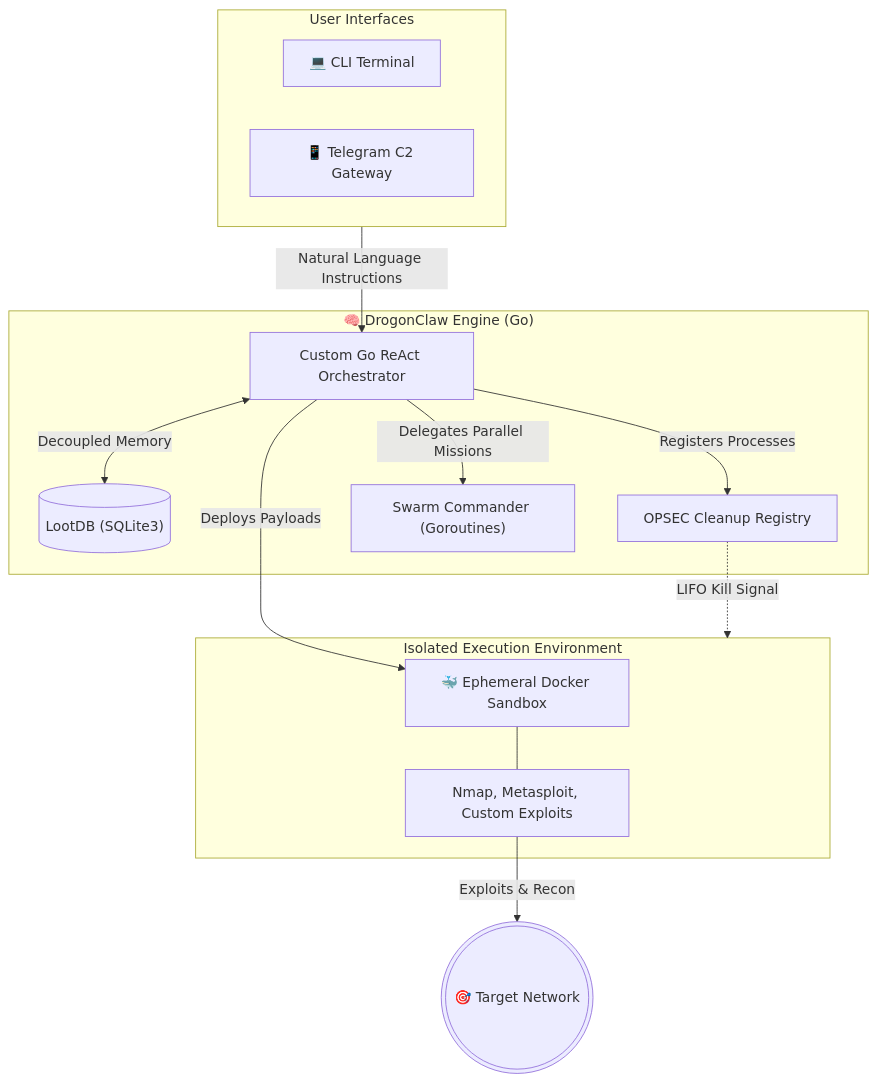
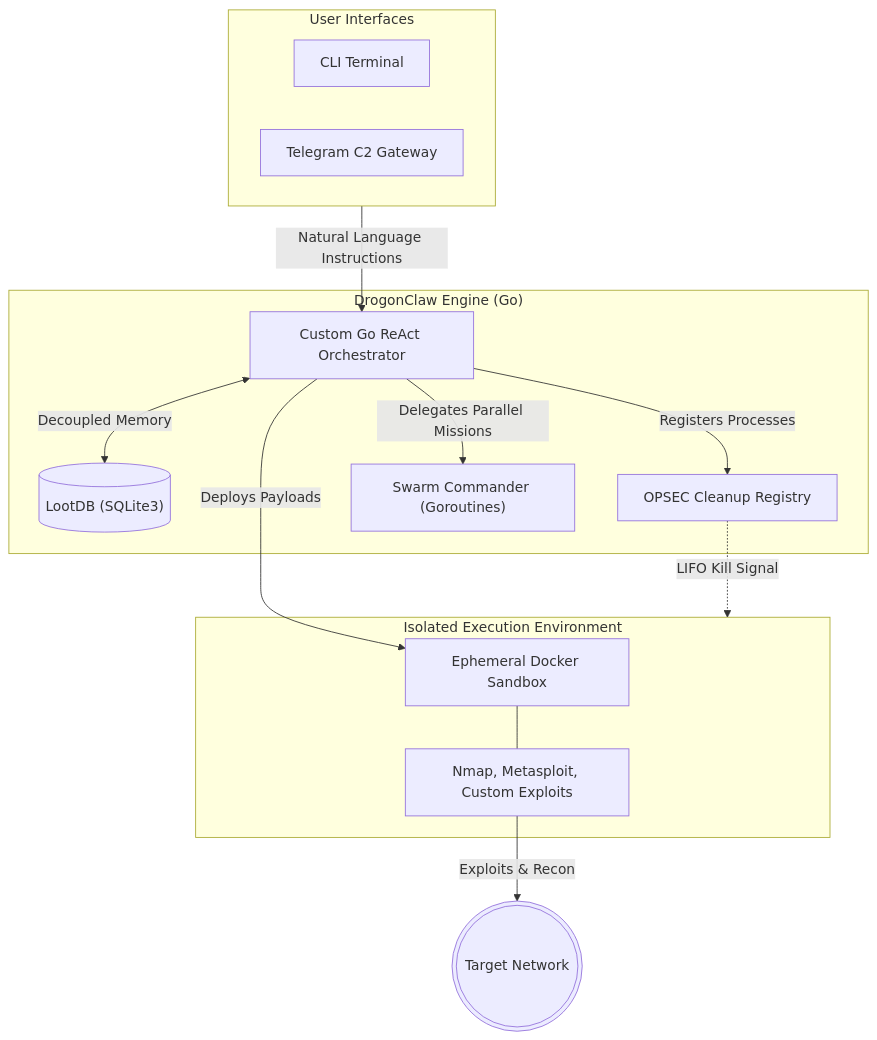
The diagram in README.md (0xP4X/DrogoClaw), drawn with Mermaid before and after one commit. The commit also changed other lines of this file, not shown here.

````diff
--- a/README.md
+++ b/README.md
@@ -20,31 +20,31 @@
 ```mermaid
 flowchart TD
     subgraph UI ["User Interfaces"]
-        CLI["💻 CLI Terminal"]
-        TG["📱 Telegram C2 Gateway"]
+        CLI["CLI Terminal"]
+        TG["Telegram C2 Gateway"]
     end
 
-    subgraph Core ["🧠 DrogonClaw Engine (Go)"]
+    subgraph Core ["DrogonClaw Engine (Go)"]
         Orchestrator["Custom Go ReAct Orchestrator"]
         LootDB[("LootDB (SQLite3)")]
         OPSEC["OPSEC Cleanup Registry"]
         Swarm["Swarm Commander (Goroutines)"]
     end
 
     subgraph Execution ["Isolated Execution Environment"]
-        Docker["🐳 Ephemeral Docker Sandbox"]
+        Docker["Ephemeral Docker Sandbox"]
         Tools["Nmap, Metasploit, Custom Exploits"]
     end
 
-    Target((("🎯 Target Network")))
+    Target((("Target Network")))
 
     UI -->|Natural Language Instructions| Orchestrator
     Orchestrator <-->|Decoupled Memory| LootDB
     Orchestrator -->|Delegates Parallel Missions| Swarm
     Orchestrator -->|Registers Processes| OPSEC
     Orchestrator -->|Deploys Payloads| Docker
     Docker --- Tools
     Tools -->|Exploits & Recon| Target
-    
+
     OPSEC -.->|LIFO Kill Signal| Execution
 ```
````
